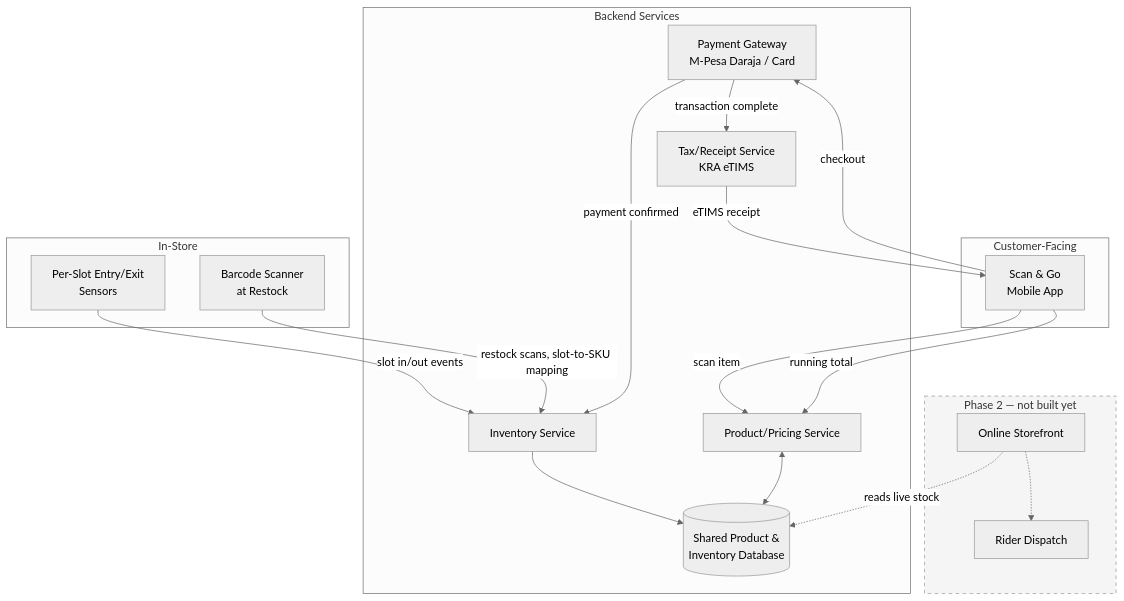
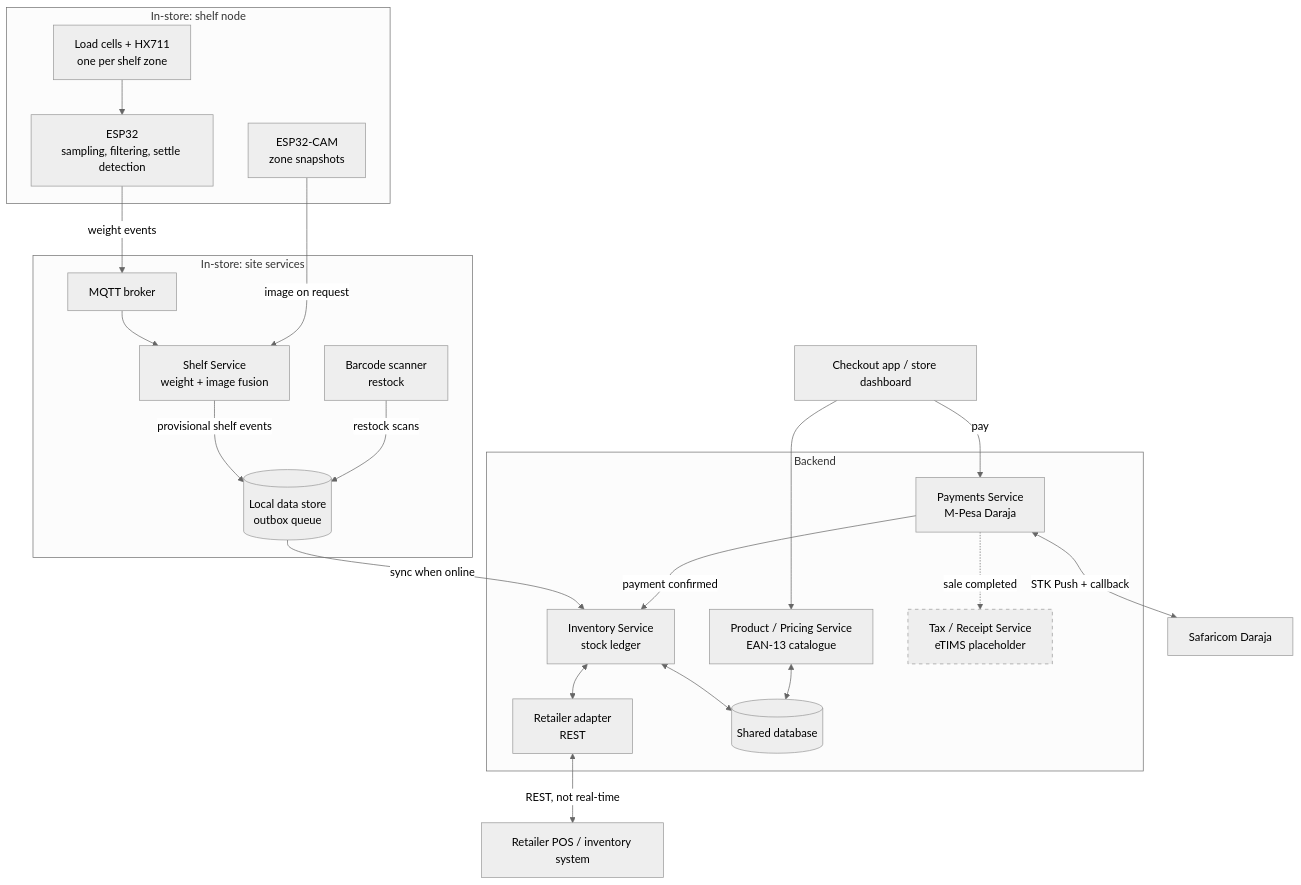
Before and after one commit to ako5117/smart_shopping: the first of 3 diagrams in docs/architecture.md, drawn with Mermaid (neutral theme). The commit also changed other lines of this file and 4 other files, not shown here.

````diff
--- a/docs/architecture.md
+++ b/docs/architecture.md
@@ -5,40 +5,47 @@
 ```mermaid
 graph TD
-    subgraph Store["In-Store"]
-        EX[Per-Slot Entry/Exit<br/>Sensors]
-        BR[Barcode Scanner<br/>at Restock]
+    subgraph Shelf["In-store: shelf node"]
+        LC["Load cells + HX711<br/>one per shelf zone"]
+        ESP["ESP32<br/>sampling, filtering, settle detection"]
+        CAM["ESP32-CAM<br/>zone snapshots"]
+        LC --> ESP
     end
 
-    subgraph Backend["Backend Services"]
-        IS[Inventory Service]
-        PS[Product/Pricing Service]
-        DB[(Shared Product &<br/>Inventory Database)]
-        PAY[Payment Gateway<br/>M-Pesa Daraja / Card]
-        TAX[Tax/Receipt Service<br/>KRA eTIMS]
+    subgraph Site["In-store: site services"]
+        MQ["MQTT broker"]
+        SS["Shelf Service<br/>weight + image fusion"]
+        LS[("Local data store<br/>outbox queue")]
+        BR["Barcode scanner<br/>restock"]
     end
 
-    subgraph Customer["Customer-Facing"]
-        APP[Scan & Go<br/>Mobile App]
+    subgraph Cloud["Backend"]
+        INV["Inventory Service<br/>stock ledger"]
+        PP["Product / Pricing Service<br/>EAN-13 catalogue"]
+        PAY["Payments Service<br/>M-Pesa Daraja"]
+        TAX["Tax / Receipt Service<br/>eTIMS placeholder"]
+        ADP["Retailer adapter<br/>REST"]
+        DB[("Shared database")]
     end
 
-    subgraph Future["Phase 2 — not built yet"]
-        WEB[Online Storefront]
-        DISP[Rider Dispatch]
-    end
+    POS["Retailer POS / inventory system"]
+    APP["Checkout app / store dashboard"]
+    DAR["Safaricom Daraja"]
 
-    EX -->|slot in/out events| IS
-    BR -->|restock scans, slot-to-SKU mapping| IS
-    IS --> DB
-    PS <--> DB
-    APP -->|scan item| PS
-    APP -->|running total| PS
-    APP -->|checkout| PAY
-    PAY -->|payment confirmed| IS
-    PAY -->|transaction complete| TAX
-    TAX -->|eTIMS receipt| APP
+    ESP -->|weight events| MQ
+    MQ --> SS
+    CAM -->|image on request| SS
+    SS -->|provisional shelf events| LS
+    BR -->|restock scans| LS
+    LS -->|sync when online| INV
+    INV <--> DB
+    PP <--> DB
+    APP --> PP
+    APP -->|pay| PAY
+    PAY <-->|STK Push + callback| DAR
+    PAY -->|payment confirmed| INV
+    PAY -.->|sale completed| TAX
+    INV <--> ADP
+    ADP <-->|REST, not real-time| POS
 
-    WEB -.->|reads live stock| DB
-    WEB -.-> DISP
-
-    style Future fill:#f5f5f5,stroke:#999,stroke-dasharray: 5 5
+    style TAX stroke-dasharray: 5 5
 ```
````
